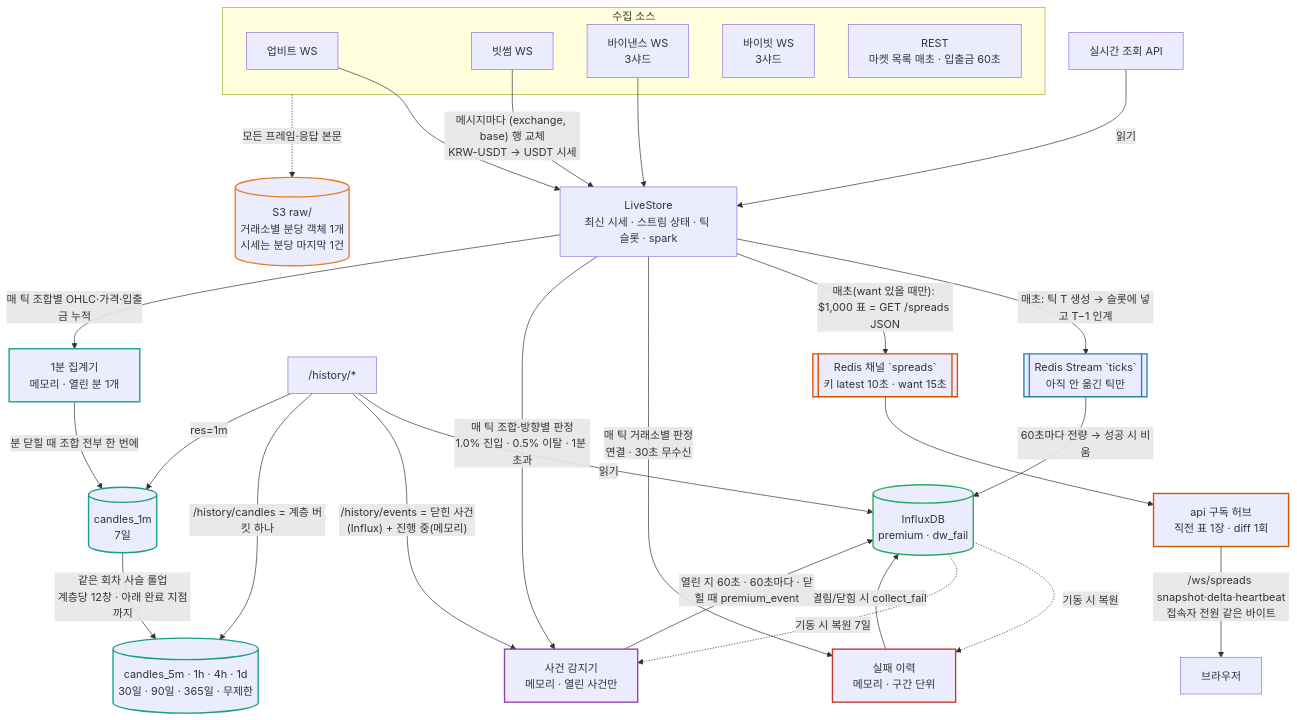
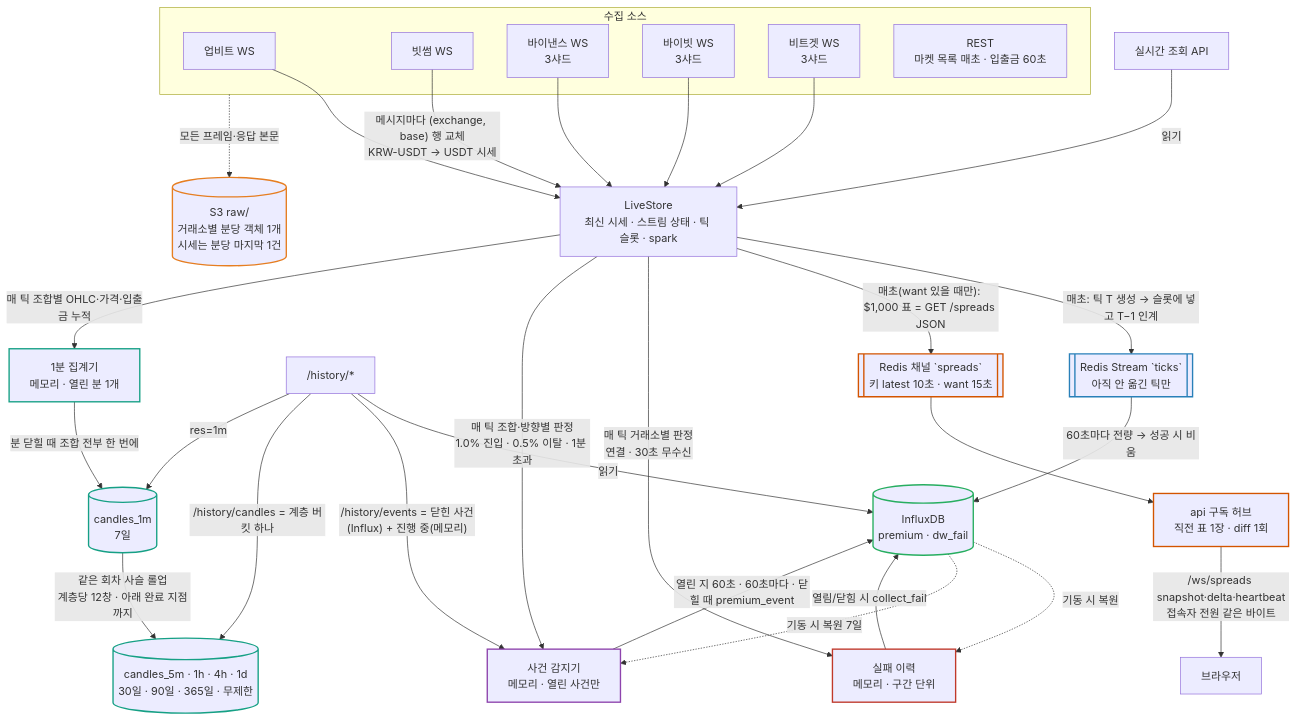
Before and after one commit to doldolgo/marketLens: the diagram in docs/context/architecture.md, drawn with Mermaid. The commit also changed other lines of this file and 12 other files, not shown here.

````diff
--- a/docs/context/architecture.md
+++ b/docs/context/architecture.md
@@ -21,78 +21,81 @@
 ```mermaid
 flowchart TB
     %% ── 소스 ──
     subgraph SRC[수집 소스]
         UP[업비트 WS]
         BT[빗썸 WS]
         BN[바이낸스 WS<br/>3샤드]
         BY[바이빗 WS<br/>3샤드]
+        BG[비트겟 WS<br/>3샤드]
         REST[REST<br/>마켓 목록 매초 · 입출금 60초]
     end
 
     %% ── 010 원문 싱크 ──
     S3[(S3 raw/<br/>거래소별 분당 객체 1개<br/>시세는 분당 마지막 1건)]
     SRC -. 모든 프레임·응답 본문 .-> S3
 
     %% ── LiveStore ──
     LS[LiveStore<br/>최신 시세 · 스트림 상태 · 틱 슬롯 · spark]
     UP --> LS
     BT -- "메시지마다 (exchange, base) 행 교체<br/>KRW-USDT → USDT 시세" --> LS
     BN --> LS
+    BY --> LS
+    BG --> LS
     API[실시간 조회 API] -- 읽기 --> LS
 
     %% ── 009 틱 → Redis → Influx ──
     RS[[Redis Stream `ticks`<br/>아직 안 옮긴 틱만]]
     LS -- "매초: 틱 T 생성 → 슬롯에 넣고 T−1 인계" --> RS
     INF[(InfluxDB<br/>premium · dw_fail)]
     RS -- "60초마다 전량 → 성공 시 비움" --> INF
     HIST["/history/*"] -- 읽기 --> INF
 
     %% ── 017 표 푸시 ──
     PUB[[Redis 채널 `spreads`<br/>키 latest 10초 · want 15초]]
     LS -- "매초(want 있을 때만): $1,000 표 = GET /spreads JSON" --> PUB
     HUB[api 구독 허브<br/>직전 표 1장 · diff 1회]
     PUB --> HUB
     HUB -- "/ws/spreads snapshot·delta·heartbeat<br/>접속자 전원 같은 바이트" --> WS[브라우저]
 
     %% ── 011 수집 실패 판정 ──
     FAIL[실패 이력<br/>메모리 · 구간 단위]
     LS -- "매 틱 거래소별 판정<br/>연결 · 30초 무수신" --> FAIL
     FAIL -- "열림/닫힘 시 collect_fail" --> INF
     INF -. 기동 시 복원 .-> FAIL
 
     %% ── 013 김프/역프 사건 감지 ──
     EVT[사건 감지기<br/>메모리 · 열린 사건만]
     LS -- "매 틱 조합·방향별 판정<br/>1.0% 진입 · 0.5% 이탈 · 1분 초과" --> EVT
     EVT -- "열린 지 60초 · 60초마다 · 닫힐 때 premium_event" --> INF
     INF -. 기동 시 복원 7일 .-> EVT
     HIST -- "/history/events = 닫힌 사건(Influx) + 진행 중(메모리)" --> EVT
 
     %% ── 014 1분 봉 → 계층 롤업 ──
     AGG[1분 집계기<br/>메모리 · 열린 분 1개]
     LS -- "매 틱 조합별 OHLC·가격·입출금 누적" --> AGG
     C1[(candles_1m<br/>7일)]
     AGG -- "분 닫힐 때 조합 전부 한 번에" --> C1
     CUP[(candles_5m · 1h · 4h · 1d<br/>30일 · 90일 · 365일 · 무제한)]
     C1 -- "같은 회차 사슬 롤업<br/>계층당 12창 · 아래 완료 지점까지" --> CUP
     HIST -- "/history/candles = 계층 버킷 하나" --> CUP
     HIST -- "res=1m" --> C1
 
     %% ── 스펙 번호 (테두리 색) ──
     AGG:::spec014
     PUB:::spec017
     HUB:::spec017
     C1:::spec014
     CUP:::spec014
     S3:::spec010
     RS:::spec009
     INF:::spec005
     FAIL:::spec011
     EVT:::spec013
     classDef spec010 stroke:#e67e22,stroke-width:2px
     classDef spec009 stroke:#2980b9,stroke-width:2px
     classDef spec005 stroke:#27ae60,stroke-width:2px
     classDef spec011 stroke:#c0392b,stroke-width:2px
     classDef spec013 stroke:#8e44ad,stroke-width:2px
     classDef spec014 stroke:#16a085,stroke-width:2px
     classDef spec017 stroke:#d35400,stroke-width:2px
 ```
````
